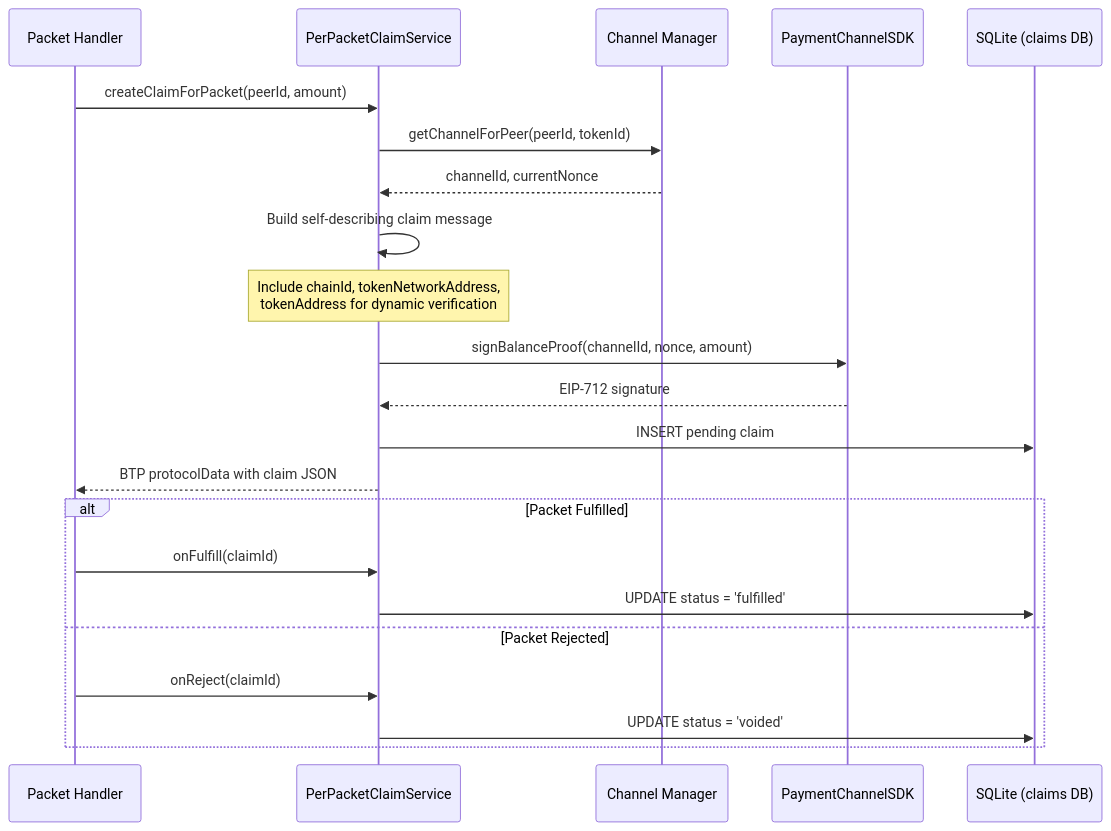
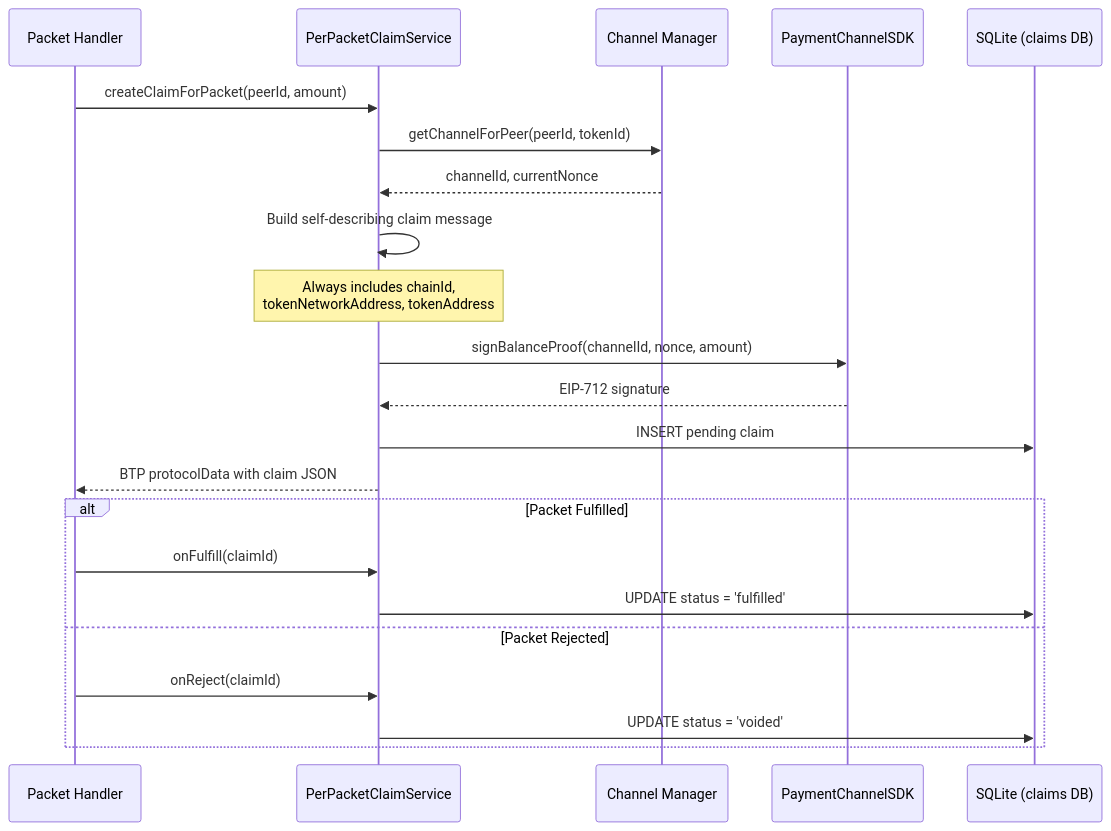
The fifth of 6 diagrams in _bmad-output/planning-artifacts/architecture.md (toon-protocol/connector), drawn with Mermaid before and after one commit. The commit also changed other lines of this file and 9 other files, not shown here.

First line of the commit message:
feat: add local Anvil infrastructure with faucet and update architecture

````diff
--- a/_bmad-output/planning-artifacts/architecture.md
+++ b/_bmad-output/planning-artifacts/architecture.md
@@ -344,26 +367,26 @@
 ```mermaid
 sequenceDiagram
     participant PH as Packet Handler
     participant PPC as PerPacketClaimService
     participant CM as Channel Manager
     participant SDK as PaymentChannelSDK
     participant DB as SQLite (claims DB)
 
     PH->>PPC: createClaimForPacket(peerId, amount)
     PPC->>CM: getChannelForPeer(peerId, tokenId)
     CM-->>PPC: channelId, currentNonce
     PPC->>PPC: Build self-describing claim message
-    Note over PPC: Include chainId, tokenNetworkAddress,<br/>tokenAddress for dynamic verification
+    Note over PPC: Always includes chainId,<br/>tokenNetworkAddress, tokenAddress
     PPC->>SDK: signBalanceProof(channelId, nonce, amount)
     SDK-->>PPC: EIP-712 signature
     PPC->>DB: INSERT pending claim
     PPC-->>PH: BTP protocolData with claim JSON
 
     alt Packet Fulfilled
         PH->>PPC: onFulfill(claimId)
         PPC->>DB: UPDATE status = 'fulfilled'
     else Packet Rejected
         PH->>PPC: onReject(claimId)
         PPC->>DB: UPDATE status = 'voided'
     end
 ```
````
